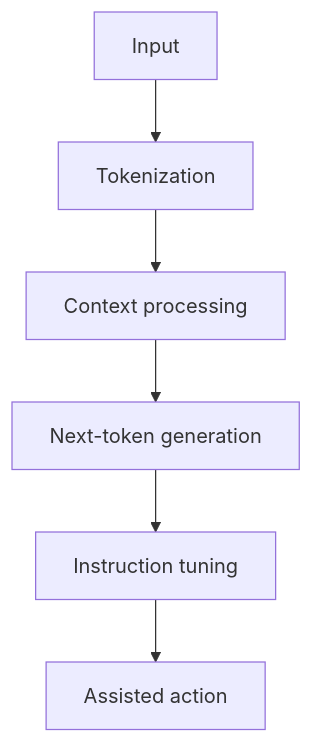
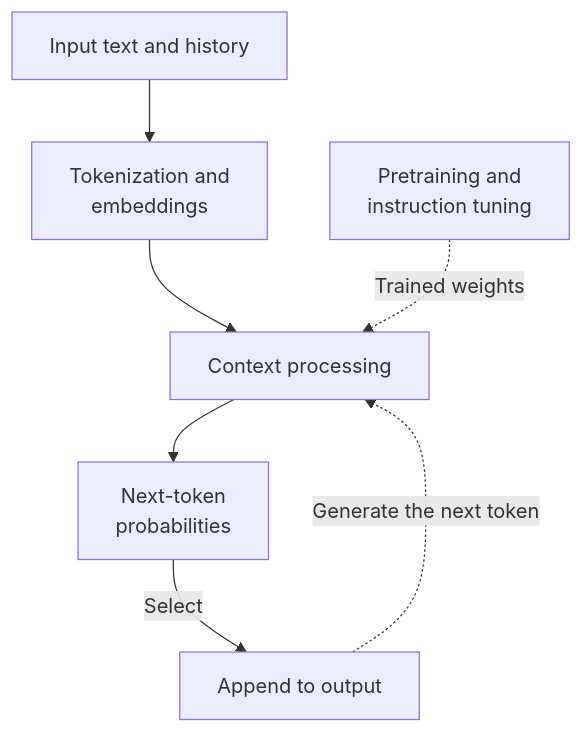
One commit to daylight55/research changed the third of 13 diagrams in articles/report/ai-llm-ontology-memory/en/index.mdx. Above: the diagram before and after it, drawn with Mermaid. The commit also changed other lines of this file and 181 other files, not shown here.

First line of the commit message:
全記事の図解368点を再生成し、共通注意書きを削除 (#402)

````diff
--- a/articles/report/ai-llm-ontology-memory/en/index.mdx
+++ b/articles/report/ai-llm-ontology-memory/en/index.mdx
@@ -101,8 +112,17 @@
 ```mermaid
 flowchart TD
-  T["Input"] --> Tok["Tokenization"]
-  Tok --> Attn["Context processing"]
-  Attn --> Out["Next-token generation"]
-  Out --> Align["Instruction tuning"]
-  Align --> Use["Assisted action"]
+  accTitle: How a trained model generates text
+  accDescr: Input becomes tokens and the model predicts the next token from context. Instruction tuning prepares the model during training rather than occurring as an inference step.
+  N0["Input text and history"]
+  N1["Tokenization and<br/>embeddings"]
+  N2["Context processing"]
+  N3["Next-token<br/>probabilities"]
+  N4["Append to output"]
+  N5["Pretraining and<br/>instruction tuning"]
+  N0 --> N1
+  N1 --> N2
+  N5 -.->|Trained weights| N2
+  N2 --> N3
+  N3 -->|Select| N4
+  N4 -.->|Generate the next token| N2
 ```
````
